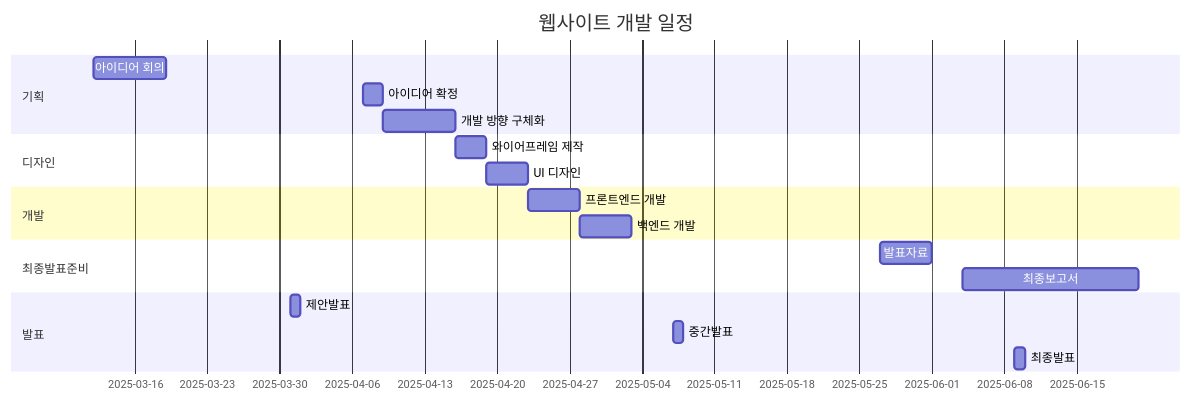
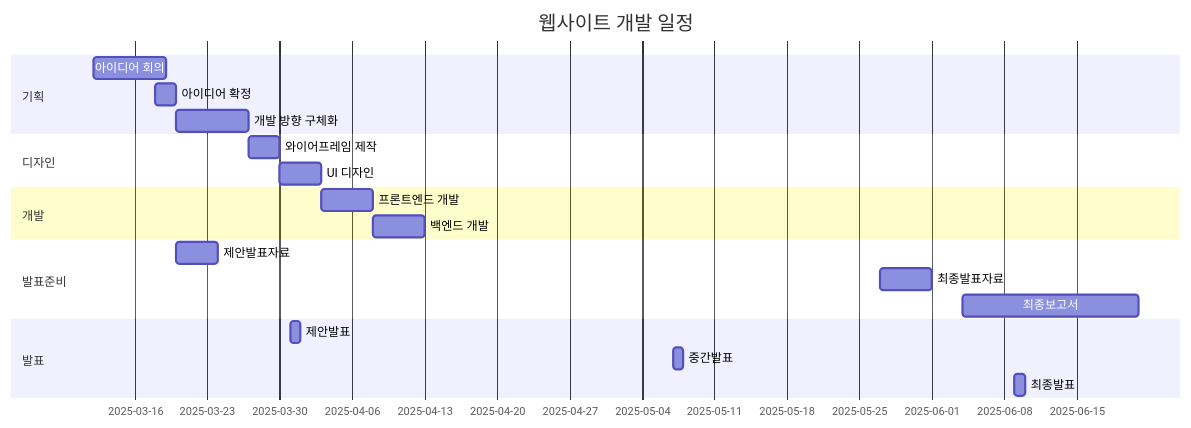
One commit to Introduction-to-Engineering-Design-13/LOR changed the diagram in project-plan.md. Above: the diagram before and after it, drawn with Mermaid.

````diff
--- a/project-plan.md
+++ b/project-plan.md
@@ -1,28 +1,29 @@
 ```mermaid
 gantt
     title 웹사이트 개발 일정
     dateFormat  YYYY-MM-DD
 
     section 기획
     아이디어 회의      :a1, 2025-03-12, 7d
-    아이디어 확정      :a2, 2025-04-07, 2d
+    아이디어 확정      :a2, 2025-03-18, 2d
     개발 방향 구체화    :a3, after a2, 7d
 
     section 디자인
     와이어프레임 제작   :b1, after a3, 3d
     UI 디자인           :b2, after b1, 4d
     
     section 개발
     프론트엔드 개발     :c1, after b2, 5d
     백엔드 개발         :c2, after c1, 5d
 
-    section 최종발표준비
-    발표자료            :d1,    2025-05-27,    5d
-    최종보고서          :d2,    2025-06-04,    17d
+    section 발표준비
+    제안발표자료        :d1,    after a2    ,4d
+    최종발표자료            :d2,    2025-05-27,    5d
+    최종보고서          :d3,    2025-06-04,    17d
 
     section 발표
     제안발표            :e1,    2025-03-31,    1d 
     중간발표            :e2,    2025-05-07,    1d
     최종발표            :e3,    2025-06-09,    1d
 
 ```
````
